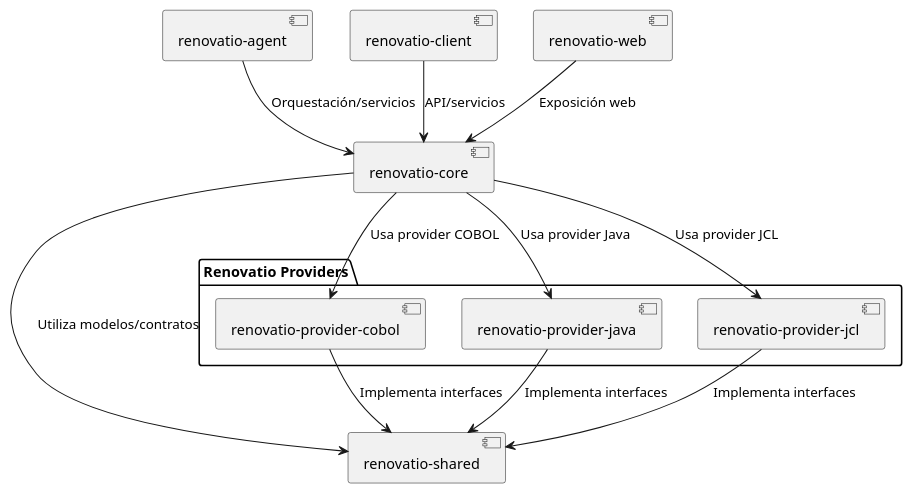
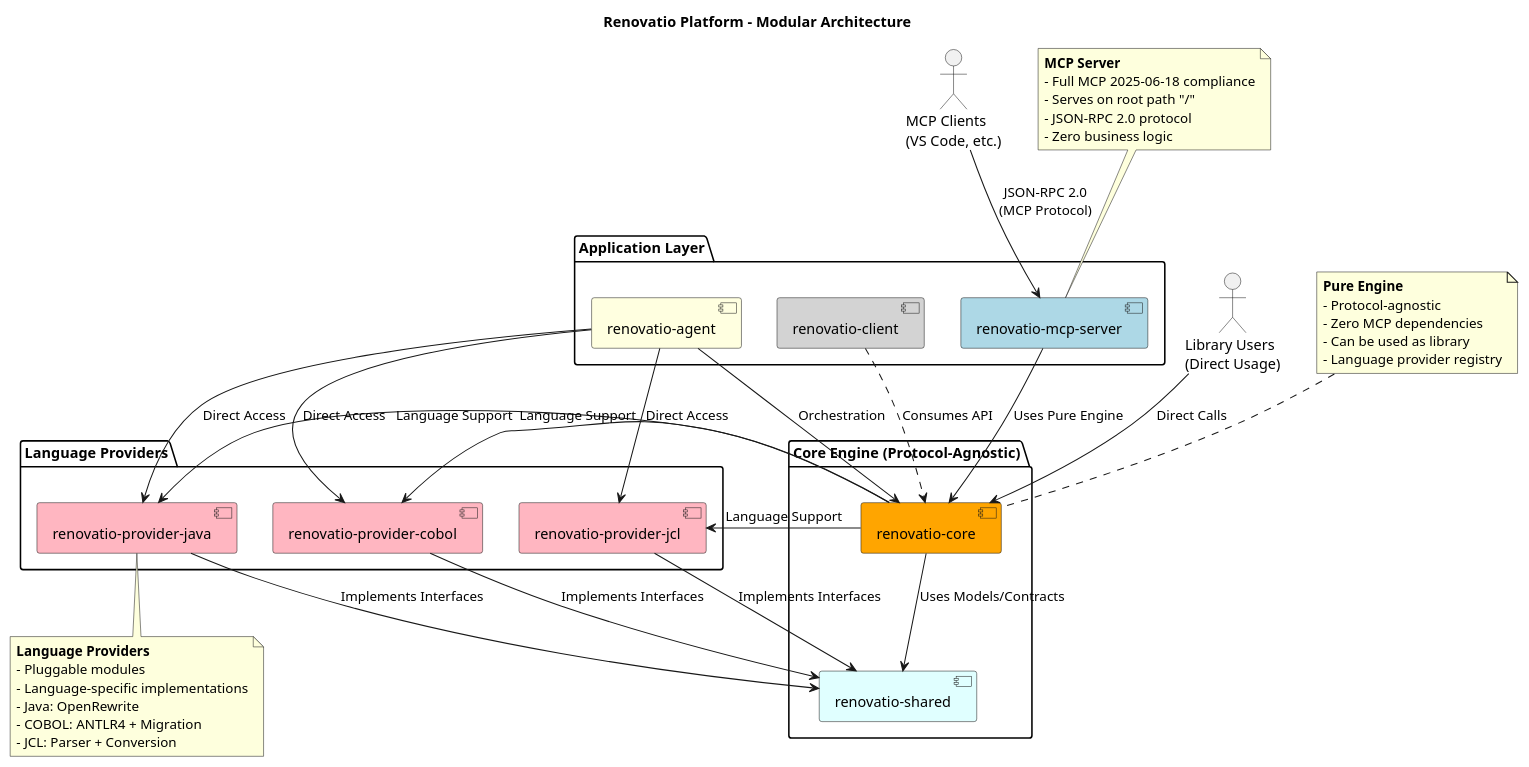
Before and after one commit to accentureshark/renovatio: the diagram in component.puml, drawn with PlantUML. The commit also changed 166 other files, not shown here.

First line of the commit message:
feat(mcp): introduce new MCP server components and configuration

```diff
--- a/component.puml
+++ b/component.puml
@@ -1,30 +1,80 @@
 @startuml
-' Diagrama de componentes Renovatio
+' Renovatio Architecture - MCP Server and Core Engine Separation
 
-package "Renovatio Providers" {
-  [renovatio-provider-cobol]
-  [renovatio-provider-java]
-  [renovatio-provider-jcl]
+title Renovatio Platform - Modular Architecture
+
+' External clients
+actor "MCP Clients\n(VS Code, etc.)" as mcp_clients
+actor "Library Users\n(Direct Usage)" as lib_users
+
+' Main application modules
+package "Application Layer" {
+  [renovatio-mcp-server] as mcp_server #LightBlue
+  [renovatio-agent] as agent #LightYellow
+  [renovatio-client] as client #LightGray
 }
 
-[renovatio-shared]
-[renovatio-core]
-[renovatio-agent]
-[renovatio-client]
-[renovatio-web]
+' Core engine (protocol-agnostic)
+package "Core Engine (Protocol-Agnostic)" {
+  [renovatio-core] as core #Orange
+  [renovatio-shared] as shared #LightCyan
+}
 
-' Dependencias principales
-[renovatio-core] --> [renovatio-shared] : Utiliza modelos/contratos
-[renovatio-core] --> [renovatio-provider-cobol] : Usa provider COBOL
-[renovatio-core] --> [renovatio-provider-java] : Usa provider Java
-[renovatio-core] --> [renovatio-provider-jcl] : Usa provider JCL
+' Language providers (pluggable modules)
+package "Language Providers" {
+  [renovatio-provider-java] as java_provider #LightPink
+  [renovatio-provider-cobol] as cobol_provider #LightPink
+  [renovatio-provider-jcl] as jcl_provider #LightPink
+}
 
-[renovatio-provider-cobol] --> [renovatio-shared] : Implementa interfaces
-[renovatio-provider-java] --> [renovatio-shared] : Implementa interfaces
-[renovatio-provider-jcl] --> [renovatio-shared] : Implementa interfaces
+' Client connections
+mcp_clients --> mcp_server : JSON-RPC 2.0\n(MCP Protocol)
+lib_users --> core : Direct Calls
 
-[renovatio-agent] --> [renovatio-core] : Orquestación/servicios
-[renovatio-client] --> [renovatio-core] : API/servicios
-[renovatio-web] --> [renovatio-core] : Exposición web
+' Application layer dependencies
+mcp_server --> core : Uses Pure Engine
+agent --> core : Orchestration
+client ..> core : Consumes API
+
+' Core engine structure
+core --> shared : Uses Models/Contracts
+core --> java_provider : Language Support
+core --> cobol_provider : Language Support
+core --> jcl_provider : Language Support
+
+' Provider dependencies
+java_provider --> shared : Implements Interfaces
+cobol_provider --> shared : Implements Interfaces
+jcl_provider --> shared : Implements Interfaces
+
+' Cross-module usage
+agent --> java_provider : Direct Access
+agent --> cobol_provider : Direct Access
+agent --> jcl_provider : Direct Access
+
+note top of mcp_server
+  **MCP Server**
+  - Full MCP 2025-06-18 compliance
+  - Serves on root path "/"
+  - JSON-RPC 2.0 protocol
+  - Zero business logic
+end note
+
+note top of core
+  **Pure Engine**
+  - Protocol-agnostic
+  - Zero MCP dependencies
+  - Can be used as library
+  - Language provider registry
+end note
+
+note bottom of java_provider
+  **Language Providers**
+  - Pluggable modules
+  - Language-specific implementations
+  - Java: OpenRewrite
+  - COBOL: ANTLR4 + Migration
+  - JCL: Parser + Conversion
+end note
 
 @enduml
```
